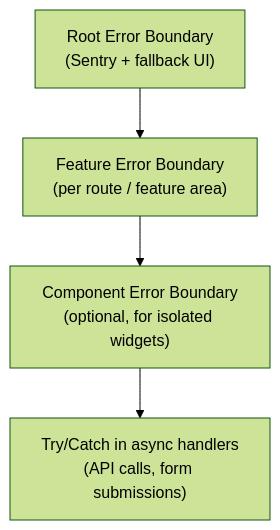
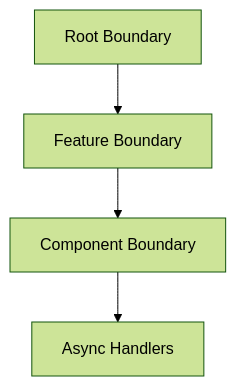
One commit to rishikeshdhokare/platform-manifesto changed the third of 3 diagrams in 02-architecture-and-api/09-error-catalog.md. Above: the diagram before and after it, drawn with Mermaid (forest theme). The commit also changed other lines of this file and 12 other files, not shown here.

First line of the commit message:
fix: refactor Mermaid diagrams for compliance (#135)

````diff
--- a/02-architecture-and-api/09-error-catalog.md
+++ b/02-architecture-and-api/09-error-catalog.md
@@ -428,6 +432,6 @@
 ```mermaid
 flowchart TD
-    A["Root Error Boundary<br/>(Sentry + fallback UI)"] --> B["Feature Error Boundary<br/>(per route / feature area)"]
-    B --> C["Component Error Boundary<br/>(optional, for isolated widgets)"]
-    C --> D["Try/Catch in async handlers<br/>(API calls, form submissions)"]
+    rootBoundary["Root Boundary"] --> featureBoundary["Feature Boundary"]
+    featureBoundary --> componentBoundary["Component Boundary"]
+    componentBoundary --> asyncHandlers["Async Handlers"]
 ```
````
